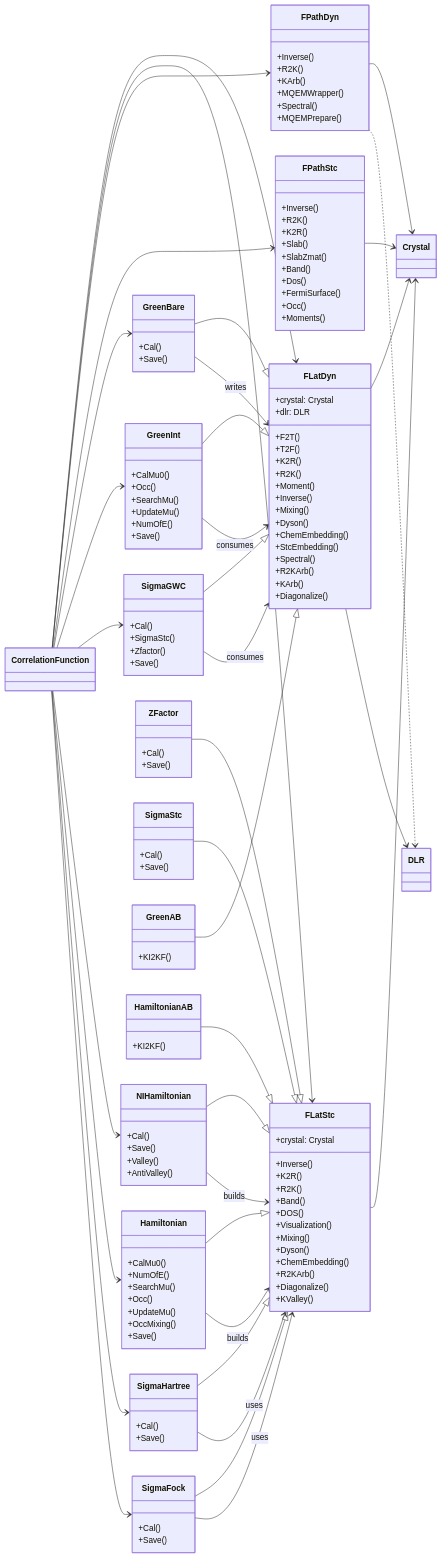
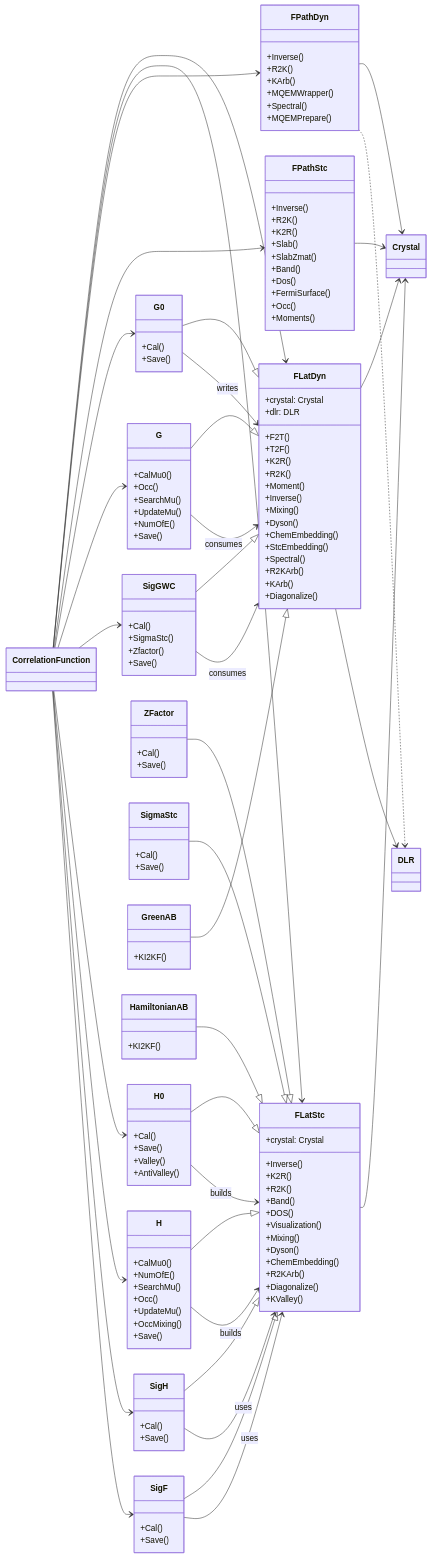
The second of 4 diagrams in docs/SerialClassDiagram.md (QAssemble/qassemble), drawn with Mermaid before and after one commit. The commit also changed other lines of this file and 35 other files, not shown here.

First line of the commit message:
refactor!: align class API and HDF5 schema with manuscript

````diff
--- a/docs/SerialClassDiagram.md
+++ b/docs/SerialClassDiagram.md
@@ -96,11 +96,11 @@
         +Diagonalize()
         +KValley()
     }
-    class GreenBare {
+    class G0 {
         +Cal()
         +Save()
     }
-    class GreenInt {
+    class G {
         +CalMu0()
         +Occ()
         +SearchMu()
@@ -108,19 +108,19 @@
         +NumOfE()
         +Save()
     }
-    class SigmaGWC {
+    class SigGWC {
         +Cal()
         +SigmaStc()
         +Zfactor()
         +Save()
     }
-    class NIHamiltonian {
+    class H0 {
         +Cal()
         +Save()
         +Valley()
         +AntiValley()
     }
-    class Hamiltonian {
+    class H {
         +CalMu0()
         +NumOfE()
         +SearchMu()
@@ -129,11 +129,11 @@
         +OccMixing()
         +Save()
     }
-    class SigmaHartree {
+    class SigH {
         +Cal()
         +Save()
     }
-    class SigmaFock {
+    class SigF {
         +Cal()
         +Save()
     }
@@ -182,29 +182,29 @@
     FPathDyn --> Crystal
     FPathDyn ..> DLR
     FPathStc --> Crystal
-    CorrelationFunction --> GreenBare
-    CorrelationFunction --> GreenInt
-    CorrelationFunction --> SigmaGWC
-    CorrelationFunction --> NIHamiltonian
-    CorrelationFunction --> Hamiltonian
-    CorrelationFunction --> SigmaHartree
-    CorrelationFunction --> SigmaFock
-    GreenBare --|> FLatDyn
-    GreenInt --|> FLatDyn
-    SigmaGWC --|> FLatDyn
+    CorrelationFunction --> G0
+    CorrelationFunction --> G
+    CorrelationFunction --> SigGWC
+    CorrelationFunction --> H0
+    CorrelationFunction --> H
+    CorrelationFunction --> SigH
+    CorrelationFunction --> SigF
+    G0 --|> FLatDyn
+    G --|> FLatDyn
+    SigGWC --|> FLatDyn
     GreenAB --|> FLatDyn
-    NIHamiltonian --|> FLatStc
-    Hamiltonian --|> FLatStc
-    SigmaHartree --|> FLatStc
-    SigmaFock --|> FLatStc
+    H0 --|> FLatStc
+    H --|> FLatStc
+    SigH --|> FLatStc
+    SigF --|> FLatStc
     HamiltonianAB --|> FLatStc
     ZFactor --|> FLatStc
     SigmaStc --|> FLatStc
-    GreenBare --> FLatDyn : writes
-    GreenInt --> FLatDyn : consumes
-    SigmaGWC --> FLatDyn : consumes
-    NIHamiltonian --> FLatStc : builds
-    Hamiltonian --> FLatStc : builds
-    SigmaHartree --> FLatStc : uses
-    SigmaFock --> FLatStc : uses
+    G0 --> FLatDyn : writes
+    G --> FLatDyn : consumes
+    SigGWC --> FLatDyn : consumes
+    H0 --> FLatStc : builds
+    H --> FLatStc : builds
+    SigH --> FLatStc : uses
+    SigF --> FLatStc : uses
 ```
````
